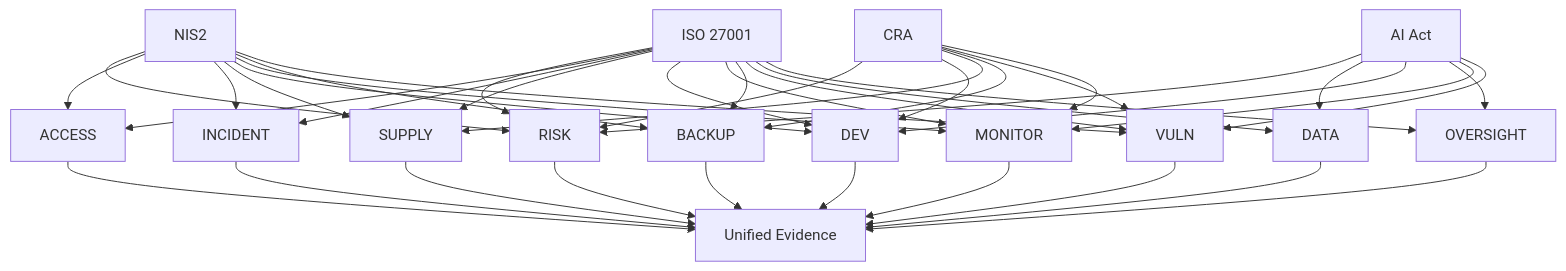
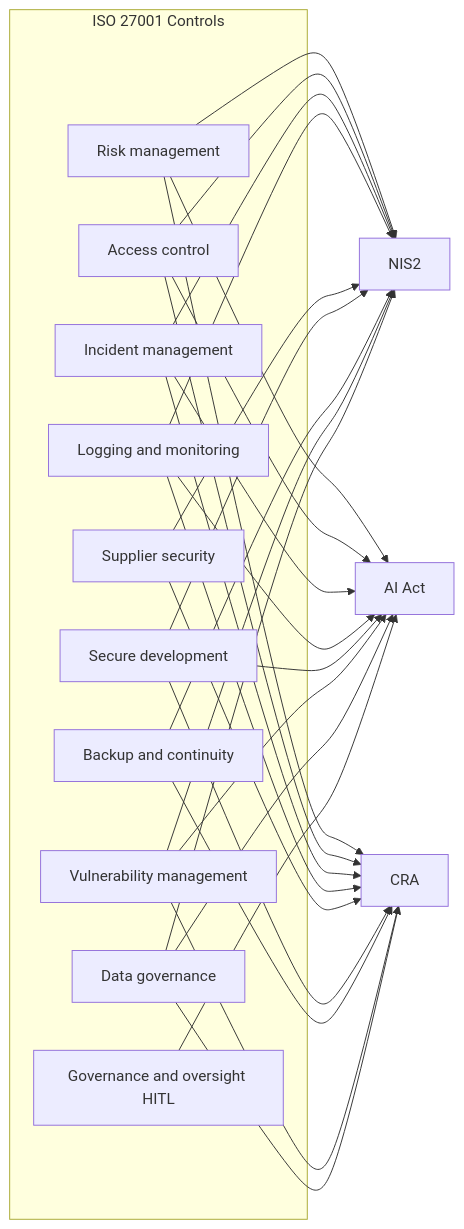
The fifth of 5 diagrams in CIR³ Framework.md (Mynkskhr/Mapping), drawn with Mermaid before and after one commit.

Commit message:
Update CIR³ Framework.md

````diff
--- a/CIR³ Framework.md
+++ b/CIR³ Framework.md
@@ -388,52 +388,61 @@
 ```mermaid
 
-flowchart TD
-  ISO[ISO 27001] --> RISK
-  ISO --> ACCESS
-  ISO --> INCIDENT
-  ISO --> SUPPLY
-  ISO --> DEV
-  ISO --> MONITOR
-  ISO --> BACKUP
-  ISO --> VULN
-  ISO --> DATA
-  ISO --> OVERSIGHT
+flowchart LR
+  %% ISO at the center with control domains inside
+  subgraph ISO[ISO 27001 Controls]
+    RISK[Risk management]
+    ACCESS[Access control]
+    INCIDENT[Incident management]
+    LOG[Logging and monitoring]
+    SUPPLY[Supplier security]
+    DEV[Secure development]
+    BACKUP[Backup and continuity]
+    VULN[Vulnerability management]
+    DATA[Data governance]
+    HITL[Governance and oversight HITL]
+  end
 
-  NIS2[NIS2] --> RISK
-  NIS2 --> ACCESS
-  NIS2 --> INCIDENT
-  NIS2 --> SUPPLY
-  NIS2 --> DEV
-  NIS2 --> MONITOR
-  NIS2 --> BACKUP
-  NIS2 --> VULN
+  %% Regulations to the right
+  NIS2[NIS2]
+  AIA[AI Act]
+  CRA[CRA]
 
-  AIA[AI Act] --> RISK
-  AIA --> DATA
-  AIA --> DEV
-  AIA --> OVERSIGHT
-  AIA --> MONITOR
-  AIA --> VULN
+  %% Branching from ISO control domains to each regulation
+  RISK --> NIS2
+  RISK --> AIA
+  RISK --> CRA
 
-  CRA[CRA] --> RISK
-  CRA --> DEV
-  CRA --> SUPPLY
-  CRA --> BACKUP
-  CRA --> VULN
-  CRA --> MONITOR
+  ACCESS --> NIS2
+  ACCESS --> AIA
+  ACCESS --> CRA
 
-  OUT[Unified Evidence] 
-  RISK --> OUT
-  ACCESS --> OUT
-  INCIDENT --> OUT
-  SUPPLY --> OUT
-  DEV --> OUT
-  MONITOR --> OUT
-  BACKUP --> OUT
-  VULN --> OUT
-  DATA --> OUT
-  OVERSIGHT --> OUT
+  INCIDENT --> NIS2
+  INCIDENT --> AIA
+  INCIDENT --> CRA
 
+  LOG --> NIS2
+  LOG --> AIA
+  LOG --> CRA
+
+  SUPPLY --> NIS2
+  SUPPLY --> CRA
+
+  DEV --> NIS2
+  DEV --> AIA
+  DEV --> CRA
+
+  BACKUP --> NIS2
+  BACKUP --> CRA
+
+  VULN --> NIS2
+  VULN --> AIA
+  VULN --> CRA
+
+  DATA --> AIA
+  DATA --> NIS2
+  DATA --> CRA
+
+  HITL --> AIA
 
 
 ```
````
